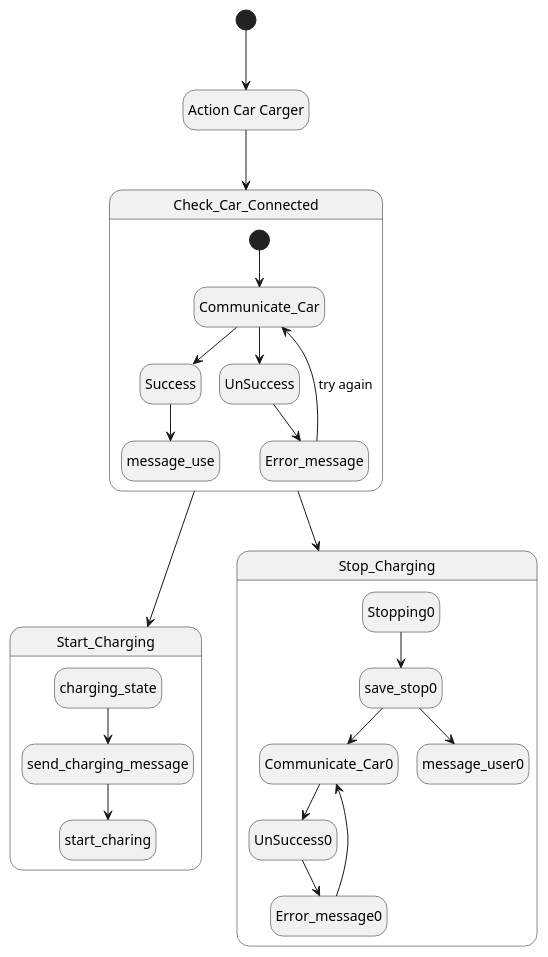
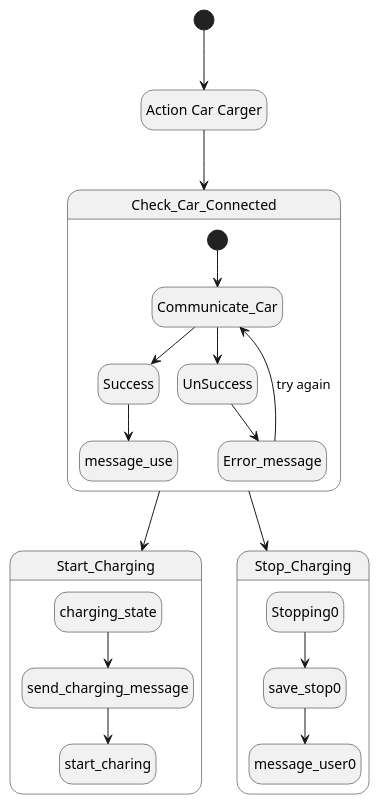
Before and after one commit to StefanBStrand/SETGruppe11HIOF: the diagram in Diagrams/ActionCarCharger.puml, drawn with PlantUML.

Commit message:
Endret tilstander plasseringer i carcharger tilstandsdiagram.

```diff
--- a/Diagrams/ActionCarCharger.puml
+++ b/Diagrams/ActionCarCharger.puml
@@ -1,41 +1,37 @@
 @startuml
 'https://plantuml.com/state-diagram
 
 hide empty description
 
 state "Action Car Carger" as actioncarcharg
 [*] --> actioncarcharg
 
 state Check_Car_Connected {
 [*] --> Communicate_Car
 Communicate_Car --> Success
 Communicate_Car --> UnSuccess
 UnSuccess --> Error_message
 Error_message --> Communicate_Car : try again
 Success --> message_use
 }
 
 
 
 state Start_Charging {
 charging_state --> send_charging_message
 send_charging_message --> start_charing
 }
 
 state Stop_Charging {
 
 Stopping0 --> save_stop0
-save_stop0 --> Communicate_Car0
 save_stop0 --> message_user0
-Communicate_Car0 --> UnSuccess0
-UnSuccess0 --> Error_message0
-Error_message0 --> Communicate_Car0
 }
 
 actioncarcharg --> Check_Car_Connected
 Check_Car_Connected --> Start_Charging
 Check_Car_Connected --> Stop_Charging
 
 
 
 @enduml
```
